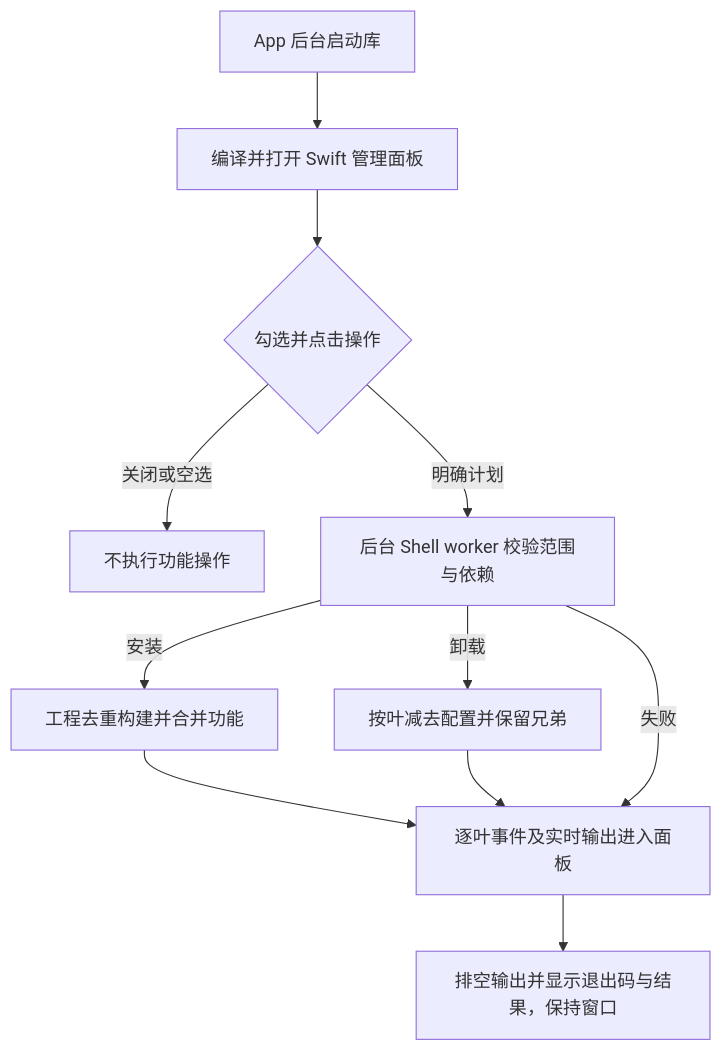
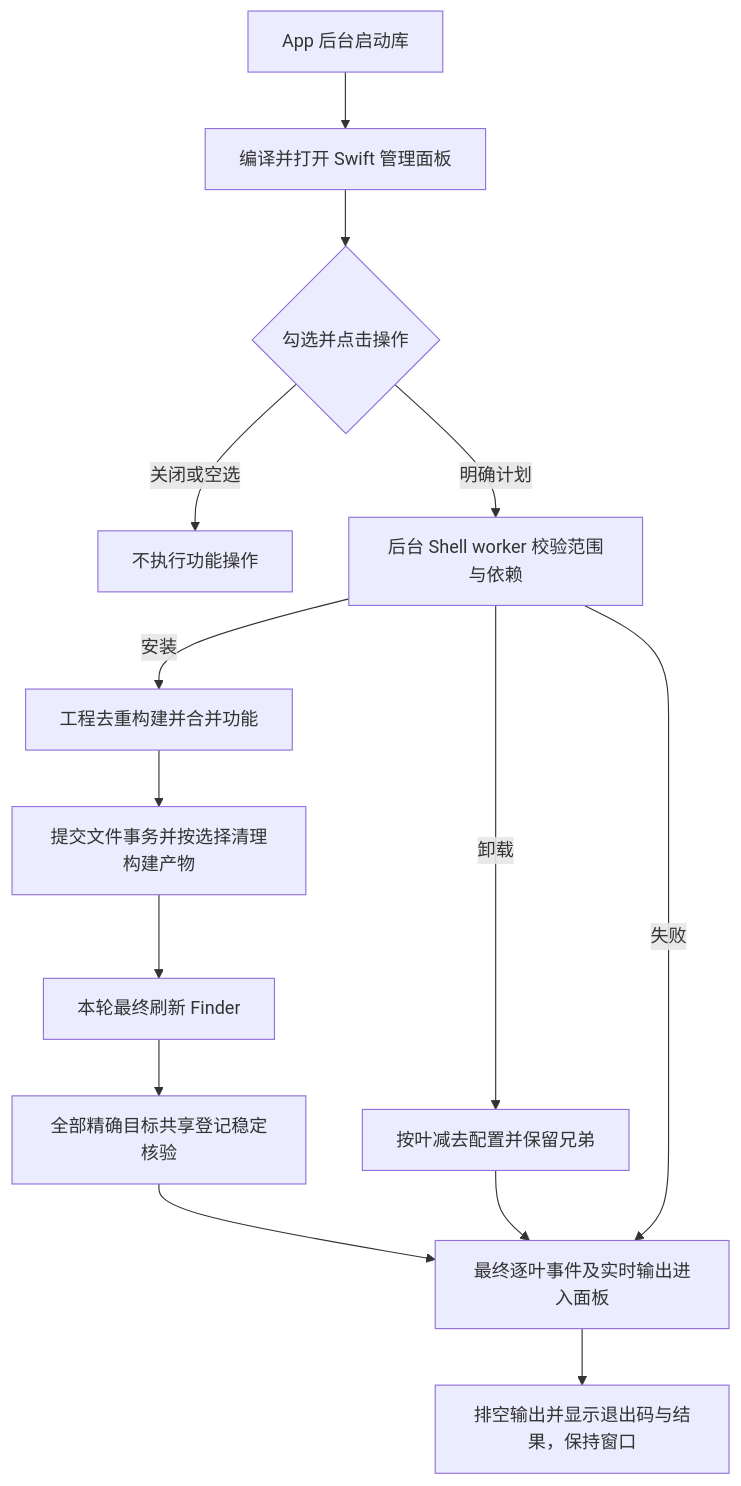
Before and after one commit to JobsKits/MacOS_Extension: the diagram in Scripts/README.md, drawn with Mermaid. The commit also changed other lines of this file and 1576 other files, not shown here.

````diff
--- a/Scripts/README.md
+++ b/Scripts/README.md
@@ -272,13 +288,16 @@
 ```mermaid
 flowchart TD
     A[App 后台启动库] --> B[编译并打开 Swift 管理面板]
     B --> C{勾选并点击操作}
     C -->|关闭或空选| D[不执行功能操作]
     C -->|明确计划| E[后台 Shell worker 校验范围与依赖]
     E -->|安装| F[工程去重构建并合并功能]
     E -->|卸载| G[按叶减去配置并保留兄弟]
-    F --> H[逐叶事件及实时输出进入面板]
+    F --> J[提交文件事务并按选择清理构建产物]
+    J --> K[本轮最终刷新 Finder]
+    K --> L[全部精确目标共享登记稳定核验]
+    L --> H[最终逐叶事件及实时输出进入面板]
     G --> H
     E -->|失败| H
     H --> I[排空输出并显示退出码与结果，保持窗口]
 ```
````
